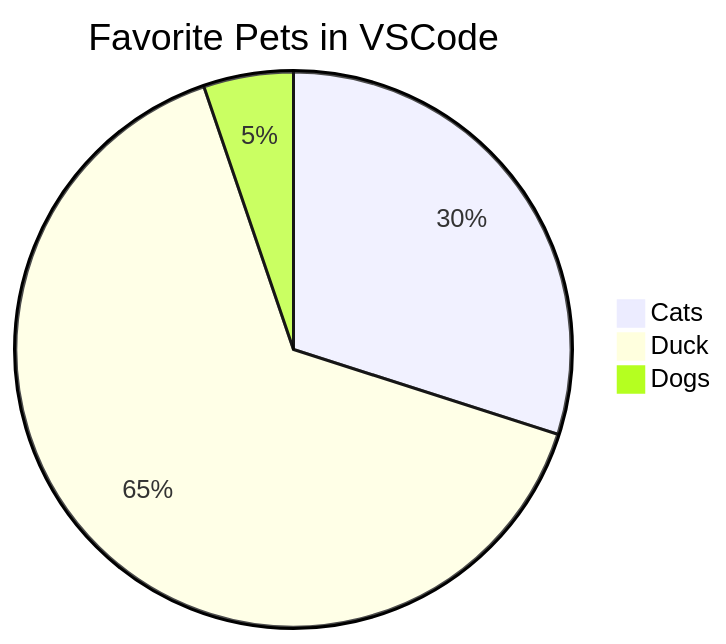
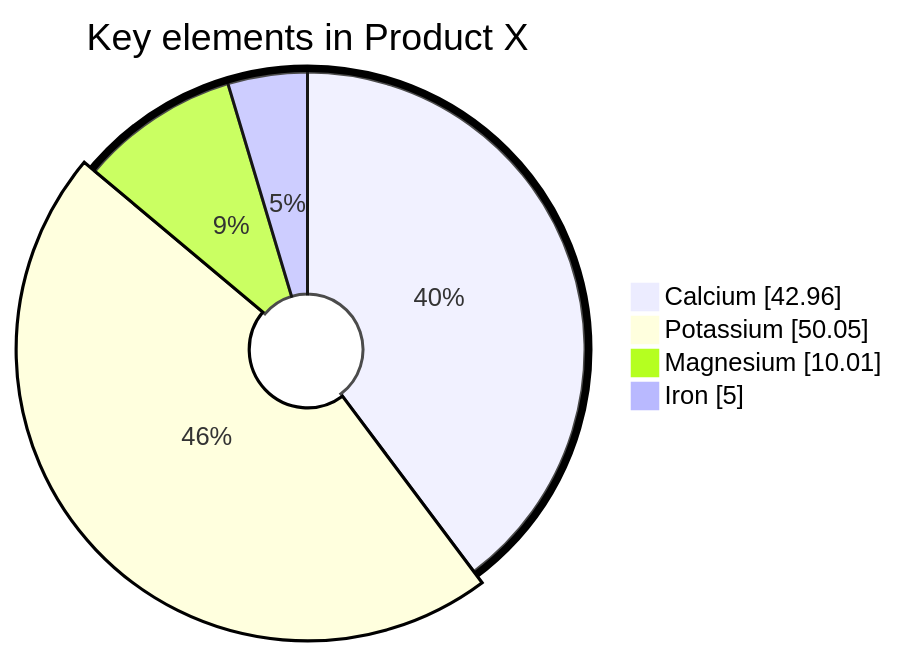
The sixth of 10 diagrams in src/content/posts/mermaid.md (iyanarmanda/kukuru), drawn with Mermaid before and after one commit. The commit also changed other lines of this file, not shown here.

Commit message:
doc: update example of pie chart and fix typo

````diff
--- a/src/content/posts/mermaid.md
+++ b/src/content/posts/mermaid.md
@@ -187,7 +186,17 @@
 ```mermaid
-pie
-title Favorite Pets in VSCode
-"Cats" : 85.9
-"Duck" : 186
-"Dogs" : 15
+---
+config:
+  pie:
+    textPosition: 0.5
+    donutHole: 0.2
+    highlightSlice: Potassium
+  themeVariables:
+    pieOuterStrokeWidth: "5px"
+---
+pie showData
+  title Key elements in Product X
+  "Calcium" : 42.96
+  "Potassium" : 50.05
+  "Magnesium" : 10.01
+  "Iron" :  5
 ```
````
